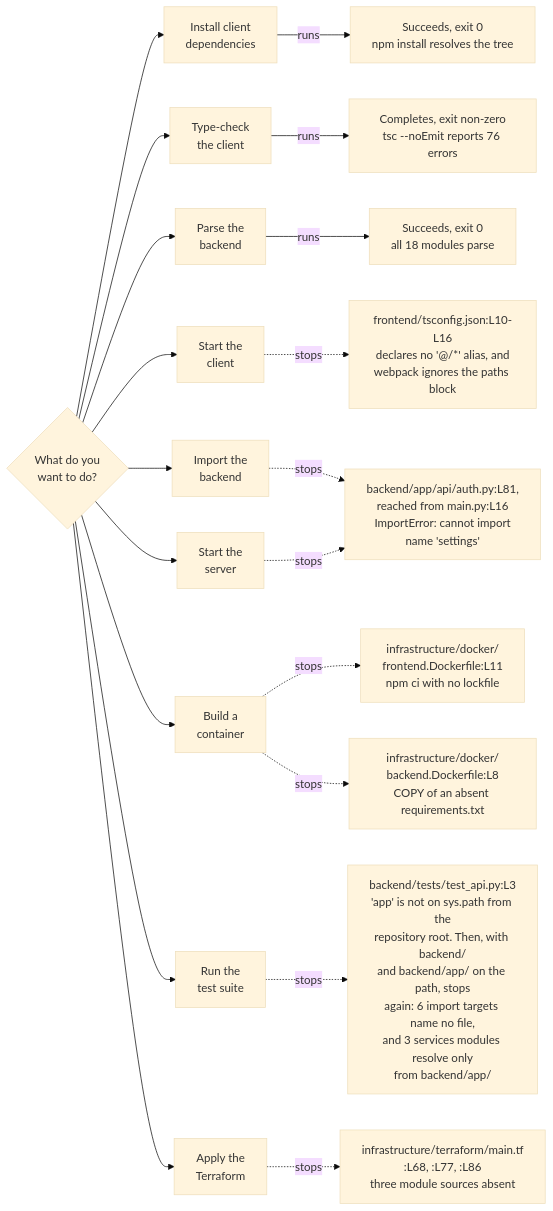
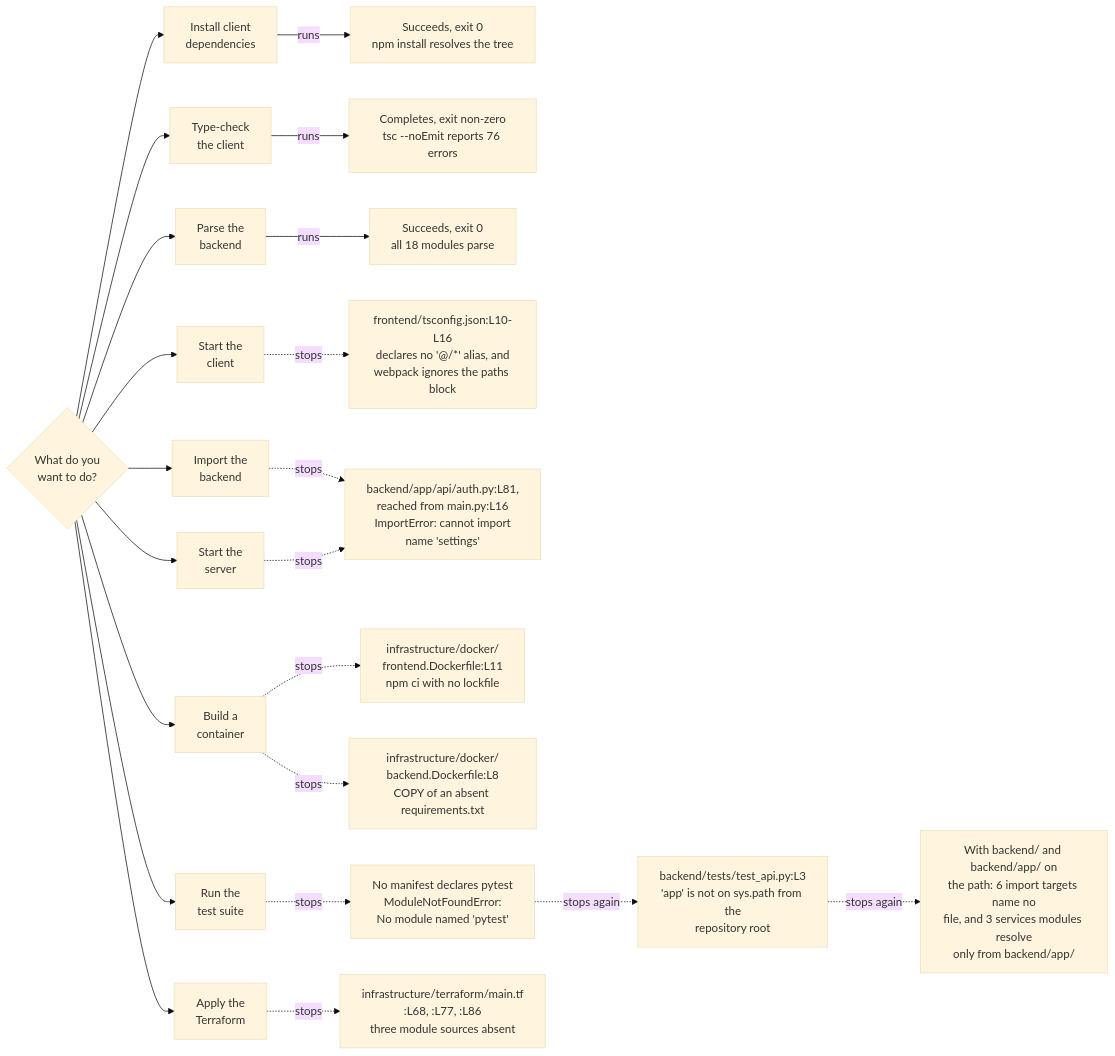
The diagram in docs/onboarding.md (blitzy-public-samples/microsoft-word-u33ko0), drawn with Mermaid (base theme) before and after one commit. The commit also changed other lines of this file and 50 other files, not shown here.

````diff
--- a/docs/onboarding.md
+++ b/docs/onboarding.md
@@ -498,32 +602,34 @@
 ```mermaid
 graph LR
     accTitle: What runs today and where each run stops
     accDescr: A decision node fans out to nine tasks. Three run to completion. Six stop, and each failure node names the file and line that stops it.
     START{"What do you<br/>want to do?"}
 
     START --> A["Install client<br/>dependencies"]
     START --> B["Type-check<br/>the client"]
     START --> C["Parse the<br/>backend"]
     START --> D["Start the<br/>client"]
     START --> E["Import the<br/>backend"]
     START --> F["Start the<br/>server"]
     START --> G["Build a<br/>container"]
     START --> H["Run the<br/>test suite"]
     START --> I["Apply the<br/>Terraform"]
 
     A -->|"runs"| AOK["Succeeds, exit 0<br/>npm install resolves the tree"]
     B -->|"runs"| BOK["Completes, exit non-zero<br/>tsc --noEmit reports 76 errors"]
     C -->|"runs"| COK["Succeeds, exit 0<br/>all 18 modules parse"]
 
     D -.->|"stops"| DNO["frontend/tsconfig.json:L10-L16<br/>declares no '@/*' alias, and<br/>webpack ignores the paths block"]
     E -.->|"stops"| ENO["backend/app/api/auth.py:L81,<br/>reached from main.py:L16<br/>ImportError: cannot import<br/>name 'settings'"]
     F -.->|"stops"| ENO
     G -.->|"stops"| GNO1["infrastructure/docker/<br/>frontend.Dockerfile:L11<br/>npm ci with no lockfile"]
     G -.->|"stops"| GNO2["infrastructure/docker/<br/>backend.Dockerfile:L8<br/>COPY of an absent requirements.txt"]
-    H -.->|"stops"| HNO["backend/tests/test_api.py:L3<br/>'app' is not on sys.path from the<br/>repository root. Then, with backend/<br/>and backend/app/ on the path, stops<br/>again: 6 import targets name no file,<br/>and 3 services modules resolve only<br/>from backend/app/"]
+    H -.->|"stops"| HNO0["No manifest declares pytest<br/>ModuleNotFoundError:<br/>No module named 'pytest'"]
+    HNO0 -.->|"stops again"| HNO1["backend/tests/test_api.py:L3<br/>'app' is not on sys.path from the<br/>repository root"]
+    HNO1 -.->|"stops again"| HNO2["With backend/ and backend/app/ on<br/>the path: 6 import targets name no<br/>file, and 3 services modules resolve<br/>only from backend/app/"]
     I -.->|"stops"| INO["infrastructure/terraform/main.tf<br/>:L68, :L77, :L86<br/>three module sources absent"]
 
 %% A solid edge marks a path that runs to completion, and its node states whether the run succeeded.
 %% A dashed edge marks a path that stops before completing, and every failure node names the file
 %% and line that stops it.
 ```
````
